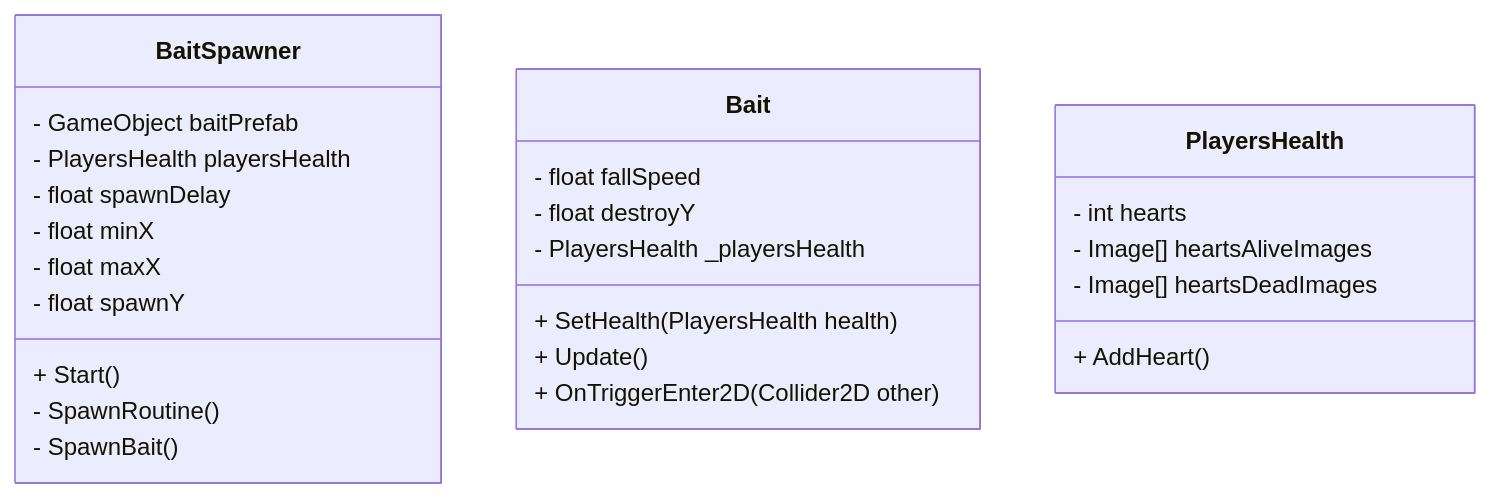
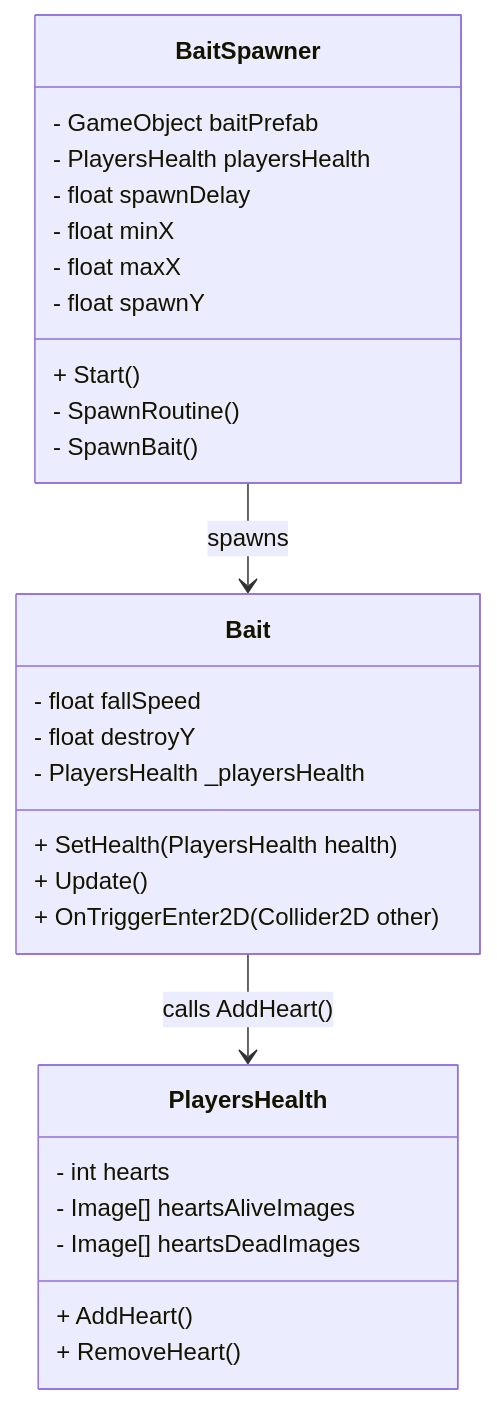
The ninth of 9 diagrams in README.md (merlijn1411/Hooked), drawn with Mermaid before and after one commit. The commit also changed other lines of this file, not shown here.

Commit message:
added class diagrams

````diff
--- a/README.md
+++ b/README.md
@@ -349,30 +393,34 @@
 ```mermaid
 classDiagram
 class BaitSpawner {
     - GameObject baitPrefab
     - PlayersHealth playersHealth
     - float spawnDelay
     - float minX
     - float maxX
     - float spawnY
     + Start()
     - SpawnRoutine()
     - SpawnBait()
 }
 
 class Bait {
     - float fallSpeed
     - float destroyY
     - PlayersHealth _playersHealth
     + SetHealth(PlayersHealth health)
     + Update()
     + OnTriggerEnter2D(Collider2D other)
 }
 
 class PlayersHealth {
     - int hearts
     - Image[] heartsAliveImages
     - Image[] heartsDeadImages
     + AddHeart()
+    + RemoveHeart()
 }
+
+BaitSpawner --> Bait : spawns
+Bait --> PlayersHealth : calls AddHeart()
 ```
````
